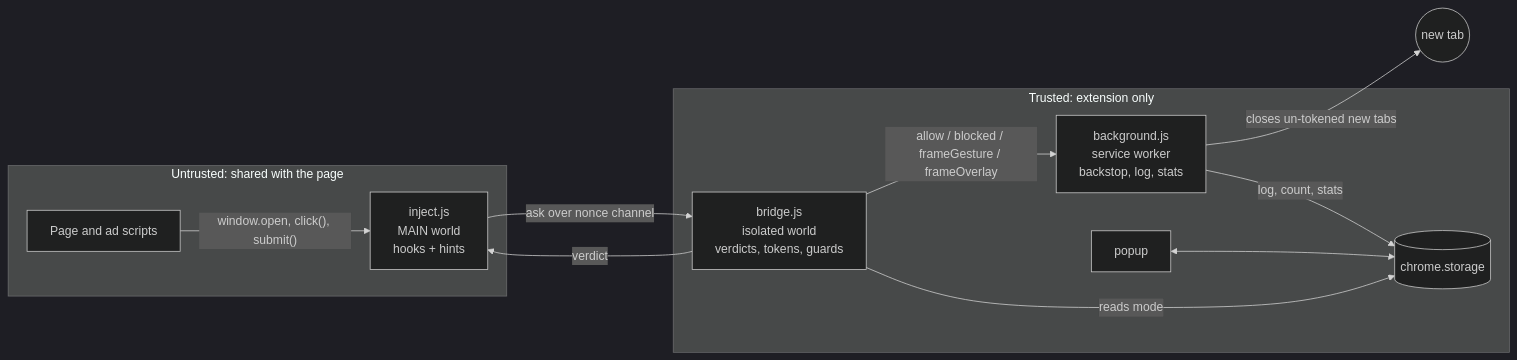
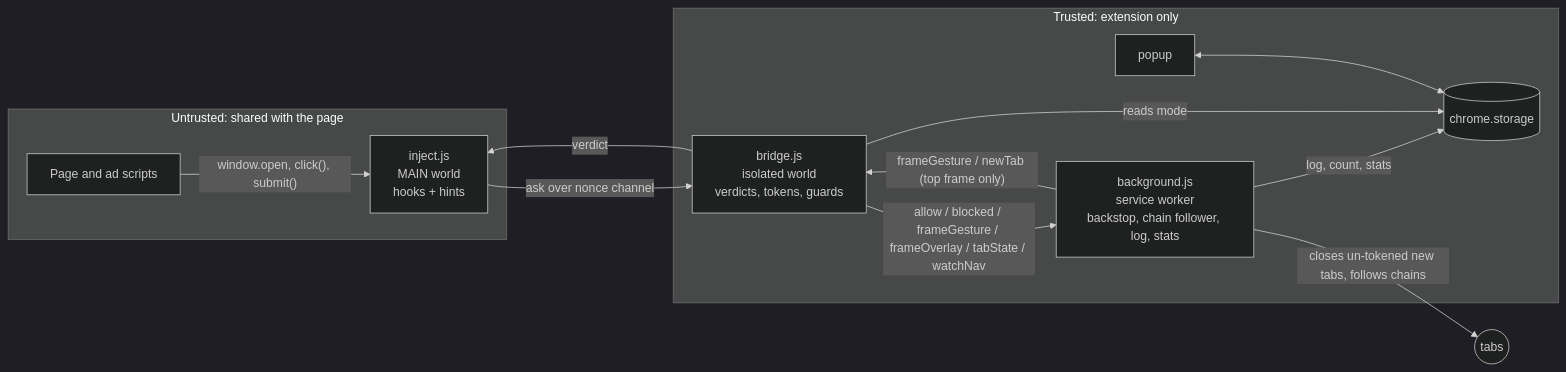
The first of 4 diagrams in docs/ARCHITECTURE.md (madironman/popshield), drawn with Mermaid (dark theme) before and after one commit. The commit also changed other lines of this file and 23 other files, not shown here.

````diff
--- a/docs/ARCHITECTURE.md
+++ b/docs/ARCHITECTURE.md
@@ -37,21 +40,22 @@
 ```mermaid
 flowchart LR
   subgraph Untrusted["Untrusted: shared with the page"]
     PG["Page and ad scripts"]
     I["inject.js<br/>MAIN world<br/>hooks + hints"]
   end
   subgraph Trusted["Trusted: extension only"]
     B["bridge.js<br/>isolated world<br/>verdicts, tokens, guards"]
-    BG["background.js<br/>service worker<br/>backstop, log, stats"]
+    BG["background.js<br/>service worker<br/>backstop, chain follower, log, stats"]
     POP["popup"]
     S[("chrome.storage")]
   end
   PG -- "window.open, click(), submit()" --> I
   I -- "ask over nonce channel" --> B
   B -- "verdict" --> I
-  B -- "allow / blocked / frameGesture / frameOverlay" --> BG
-  BG -- "closes un-tokened new tabs" --> X(("new tab"))
+  B -- "allow / blocked / frameGesture / frameOverlay / tabState / watchNav" --> BG
+  BG -- "frameGesture / newTab (top frame only)" --> B
+  BG -- "closes un-tokened new tabs, follows chains" --> X(("tabs"))
   BG -- "log, count, stats" --> S
   B -- "reads mode" --> S
   POP <--> S
 ```
````
